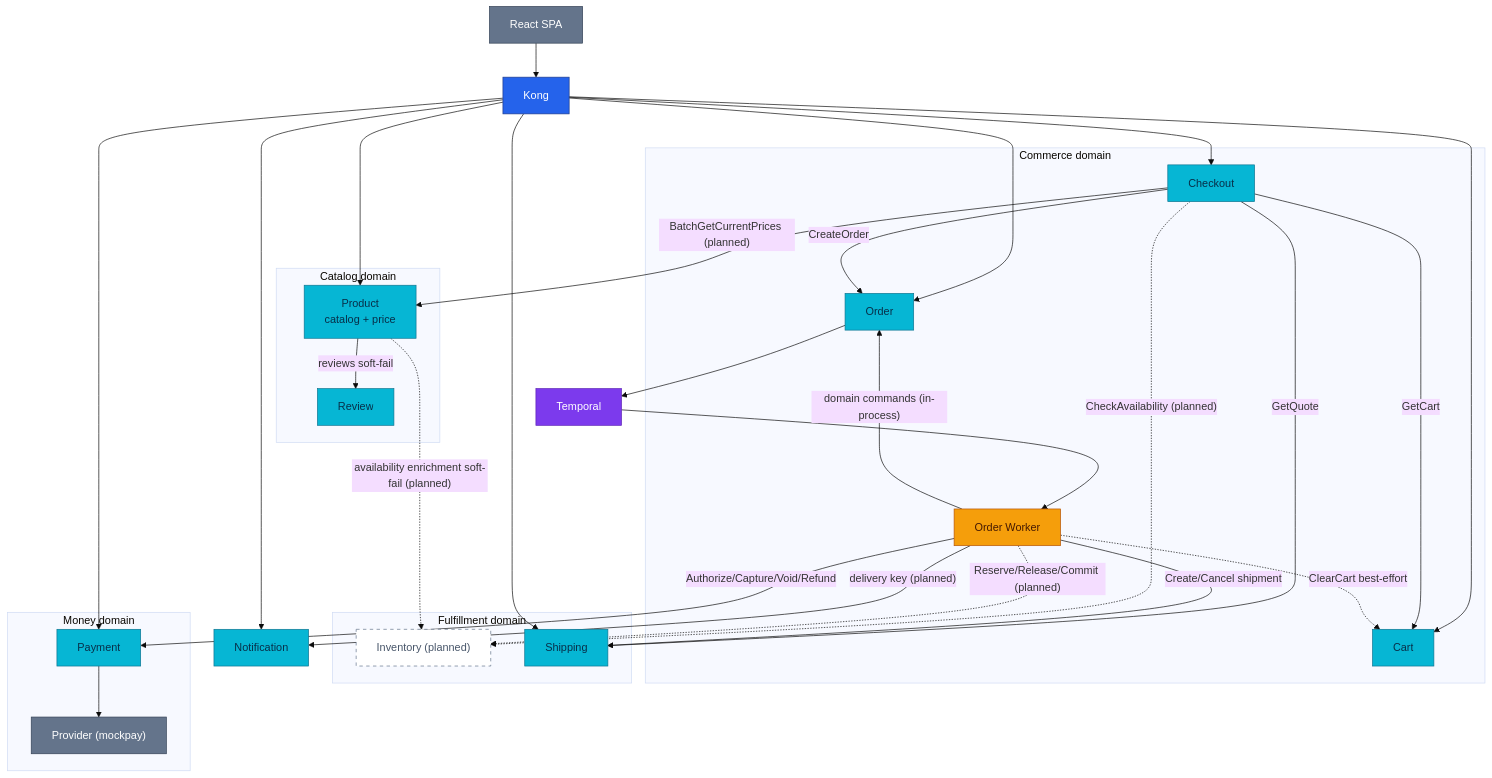
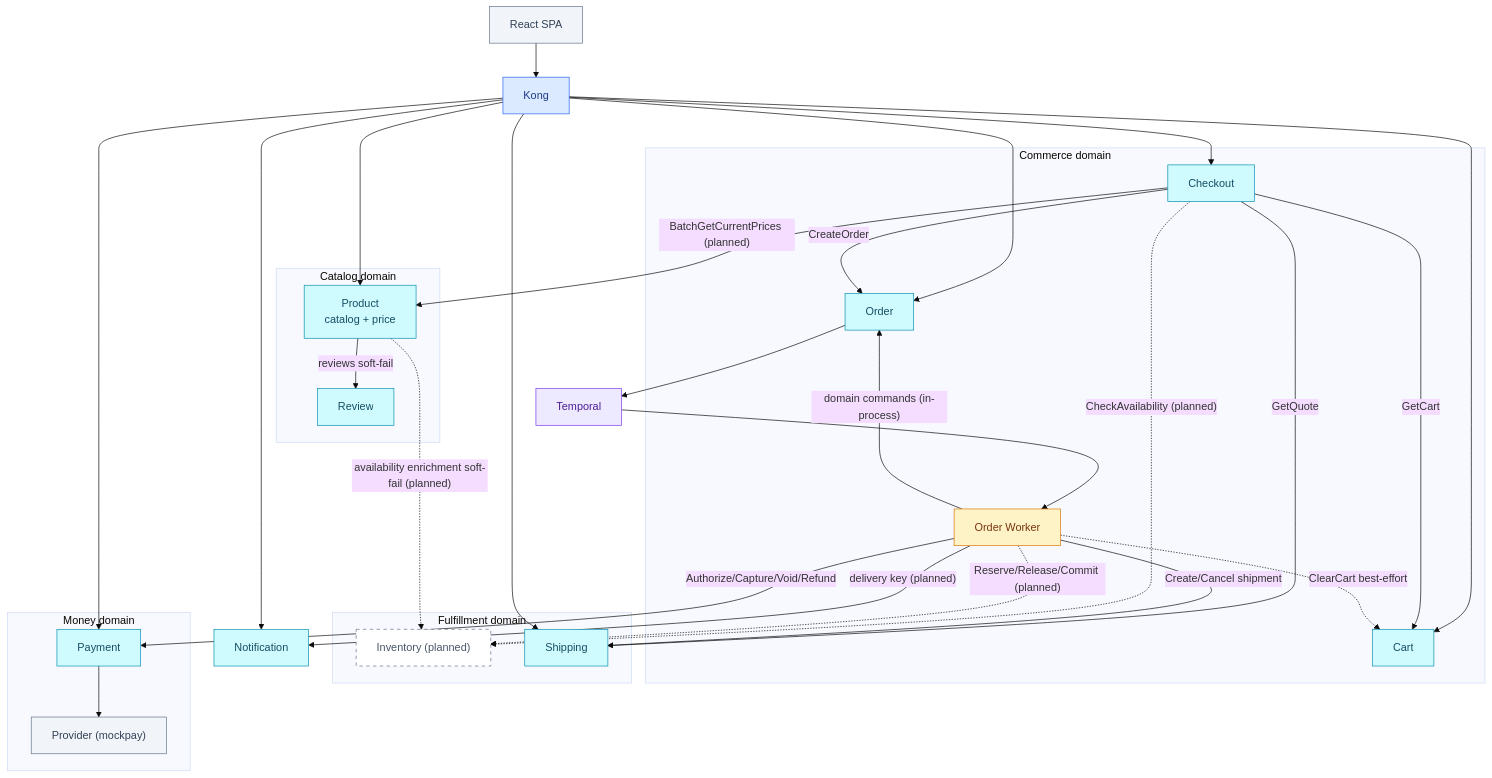
One commit to duynhlab/homelab changed the first of 2 diagrams in docs/proposals/rfc/RFC-0021/README.md. Above: the diagram before and after it, drawn with Mermaid (base theme). The commit also changed other lines of this file and 174 other files, not shown here.

First line of the commit message:
Soft-tint diagram palette, a signal-flow diagram, a Linux-ready Draw.io skill

````diff
--- a/docs/proposals/rfc/RFC-0021/README.md
+++ b/docs/proposals/rfc/RFC-0021/README.md
@@ -125,55 +125,55 @@
 ```mermaid
 flowchart TB
     SPA["React SPA"] --> K["Kong"]
 
     subgraph Catalog["Catalog domain"]
       P["Product<br/>catalog + price"]
       R["Review"]
     end
     subgraph Commerce["Commerce domain"]
       C["Cart"]
       CK["Checkout"]
       O["Order"]
       W["Order Worker"]
     end
     subgraph Fulfillment["Fulfillment domain"]
       I["Inventory (planned)"]
       S["Shipping"]
     end
     subgraph Money["Money domain"]
       PAY["Payment"]
       PRV["Provider (mockpay)"]
     end
     N["Notification"]
     T["Temporal"]
 
     K --> P & C & CK & O & S & PAY & N
     P -->|"reviews soft-fail"| R
     P -.->|"availability enrichment soft-fail (planned)"| I
     CK -->|"GetCart"| C
     CK -->|"BatchGetCurrentPrices (planned)"| P
     CK -.->|"CheckAvailability (planned)"| I
     CK -->|"GetQuote"| S
     CK -->|"CreateOrder"| O
     O --> T --> W
     W -->|"Authorize/Capture/Void/Refund"| PAY
     W -.->|"Reserve/Release/Commit (planned)"| I
     W -->|"Create/Cancel shipment"| S
     W -->|"domain commands (in-process)"| O
     W -->|"delivery key (planned)"| N
     W -.->|"ClearCart best-effort"| C
     PAY --> PRV
 
-    classDef edge fill:#2563eb,color:#fff,stroke:#1e3a8a;
-    classDef service fill:#06b6d4,color:#082f49,stroke:#0e7490;
-    classDef worker fill:#f59e0b,color:#451a03,stroke:#b45309;
-    classDef platform fill:#7c3aed,color:#fff,stroke:#5b21b6;
-    classDef external fill:#64748b,color:#fff,stroke:#334155;
+    classDef edge fill:#dbeafe,color:#1e3a8a,stroke:#2563eb;
+    classDef service fill:#cffafe,color:#164e63,stroke:#0891b2;
+    classDef worker fill:#fef3c7,color:#78350f,stroke:#d97706;
+    classDef platform fill:#ede9fe,color:#4c1d95,stroke:#7c3aed;
+    classDef external fill:#f1f5f9,color:#334155,stroke:#64748b;
     classDef planned fill:#fff,color:#475569,stroke:#64748b,stroke-dasharray:5 5;
     class K edge;
     class P,R,C,CK,O,S,PAY,N service;
     class W worker;
     class T platform;
     class SPA,PRV external;
     class I planned;
 ```
````
